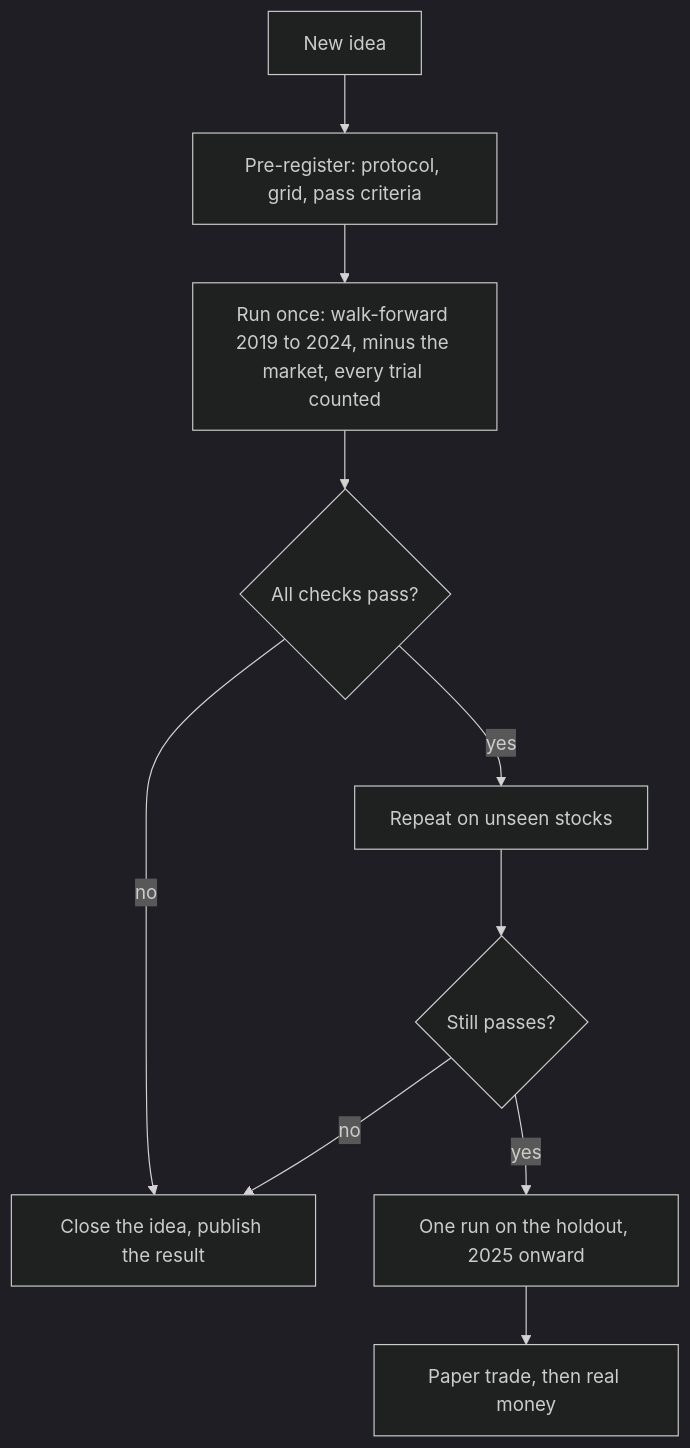
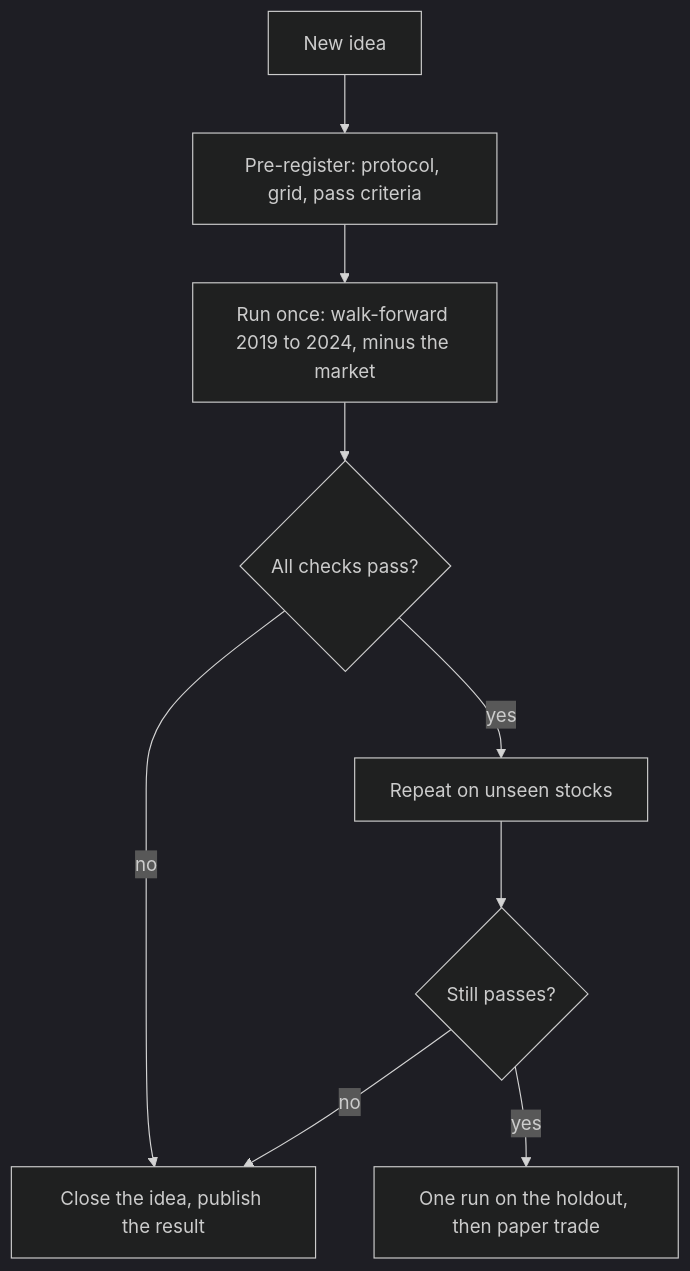
The diagram in docs/diagrams/method.mmd (Malekhalifa/sift), drawn with Mermaid (dark theme) before and after one commit. The commit also changed 12 other files, not shown here.

```diff
--- a/docs/diagrams/method.mmd
+++ b/docs/diagrams/method.mmd
@@ -1,10 +1,9 @@
 flowchart TD
   I[New idea] --> P[Pre-register: protocol, grid, pass criteria]
-  P --> R[Run once: walk-forward 2019 to 2024, minus the market, every trial counted]
+  P --> R[Run once: walk-forward 2019 to 2024, minus the market]
   R --> Q{All checks pass?}
   Q -- no --> X[Close the idea, publish the result]
   Q -- yes --> U[Repeat on unseen stocks]
   U --> V{Still passes?}
   V -- no --> X
-  V -- yes --> H[One run on the holdout, 2025 onward]
-  H --> T[Paper trade, then real money]
+  V -- yes --> H[One run on the holdout, then paper trade]
```
